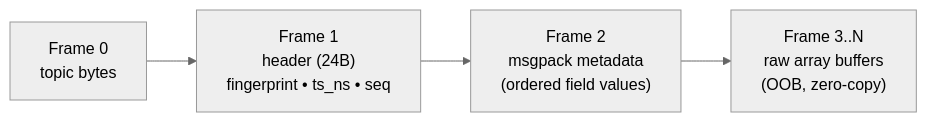
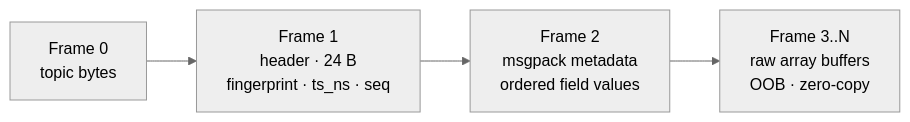
The first of 2 diagrams in docs/concepts/message-wire-format.md (sudoRicheek/cortex), drawn with Mermaid (neutral theme) before and after one commit. The commit also changed other lines of this file and 7 other files, not shown here.

````diff
--- a/docs/concepts/message-wire-format.md
+++ b/docs/concepts/message-wire-format.md
@@ -7,7 +7,7 @@
 ```mermaid
 flowchart LR
     F0["Frame 0<br/>topic bytes"] --> F1
-    F1["Frame 1<br/>header (24B)<br/>fingerprint • ts_ns • seq"] --> F2
-    F2["Frame 2<br/>msgpack metadata<br/>(ordered field values)"] --> F3
-    F3["Frame 3..N<br/>raw array buffers<br/>(OOB, zero-copy)"]
+    F1["Frame 1<br/>header · 24 B<br/>fingerprint · ts_ns · seq"] --> F2
+    F2["Frame 2<br/>msgpack metadata<br/>ordered field values"] --> F3
+    F3["Frame 3..N<br/>raw array buffers<br/>OOB · zero-copy"]
 ```
````
